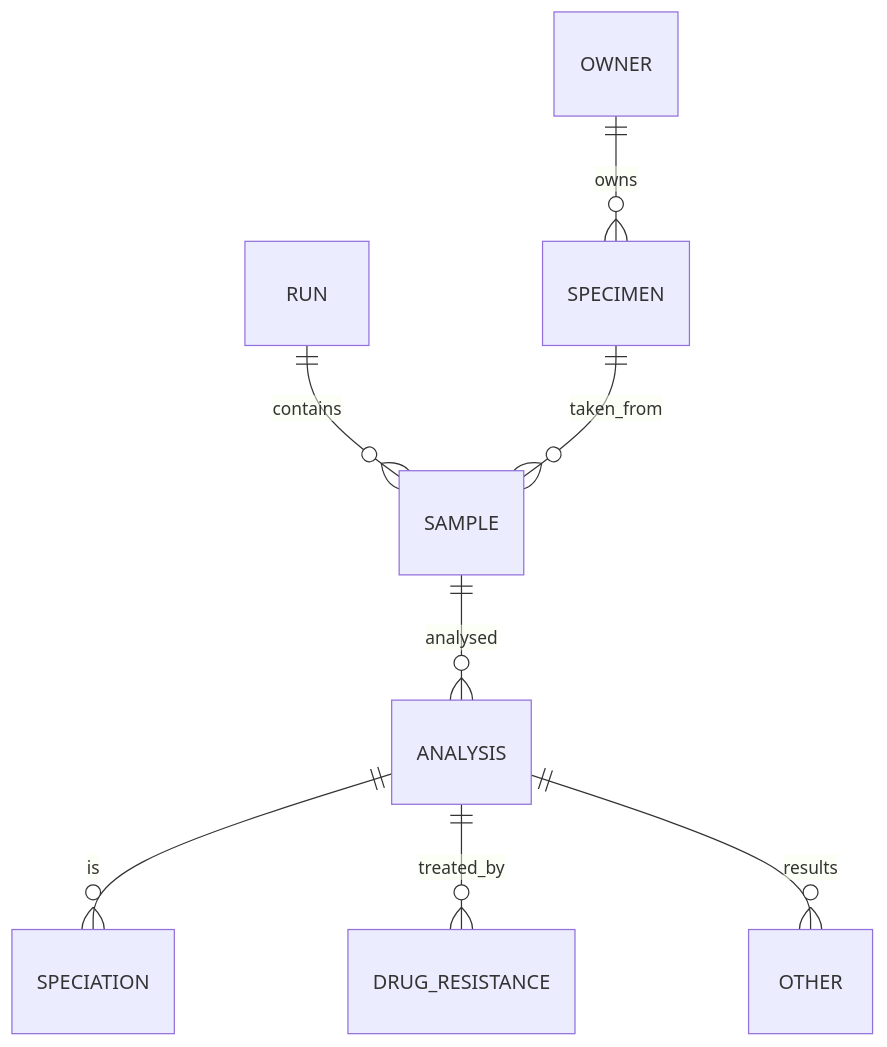
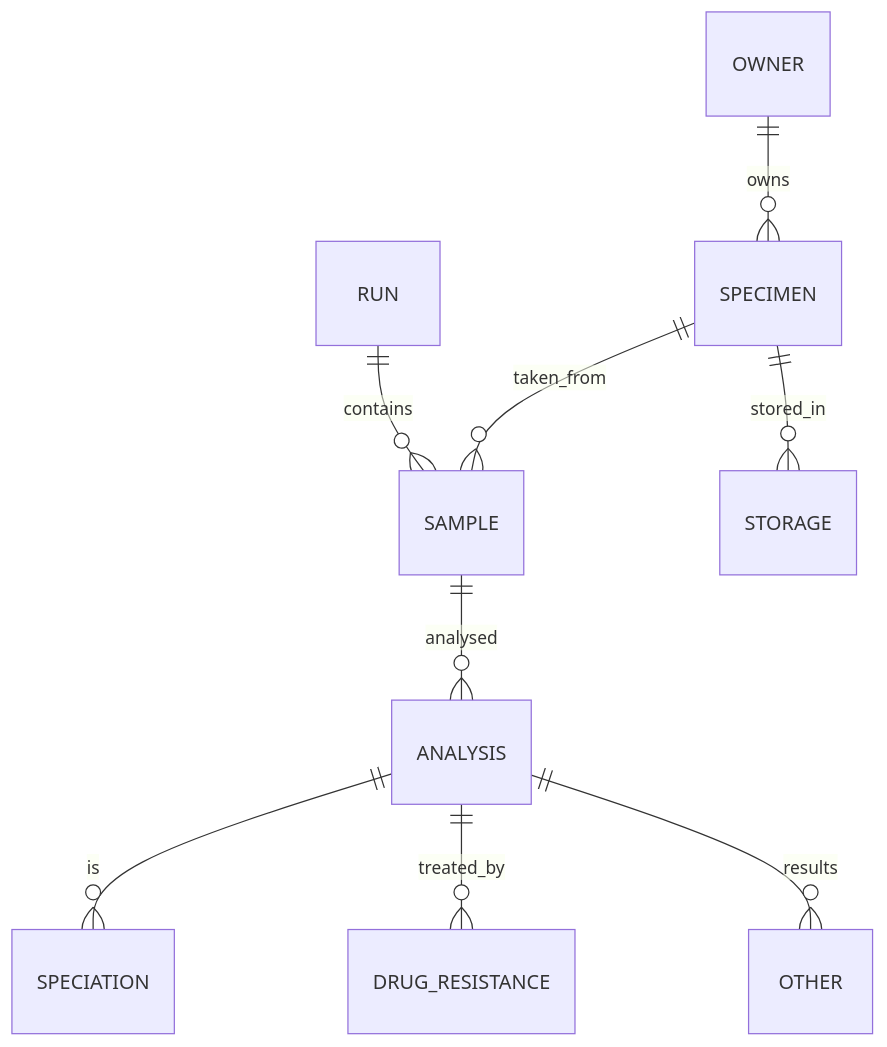
Before and after one commit to oxfordmmm/gpas_local_db: the diagram in docs/er-diagram.md, drawn with Mermaid. The commit also changed 17 other files, not shown here.

````diff
--- a/docs/er-diagram.md
+++ b/docs/er-diagram.md
@@ -3,19 +3,21 @@
 ```mermaid
 erDiagram
     OWNER
     RUN
     SPECIMEN
+    STORAGE
     SAMPLE
     ANALYSIS
     SPECIATION
     DRUG_RESISTANCE
     OTHER
 
     RUN ||--o{ SAMPLE : contains
     OWNER ||--o{ SPECIMEN : owns
     SPECIMEN ||--o{ SAMPLE : taken_from
+    SPECIMEN ||--o{ STORAGE : stored_in
     SAMPLE ||--o{ ANALYSIS : analysed
     ANALYSIS ||--o{ SPECIATION : is
     ANALYSIS ||--o{ DRUG_RESISTANCE : treated_by
     ANALYSIS ||--o{ OTHER : results
 ```
````
